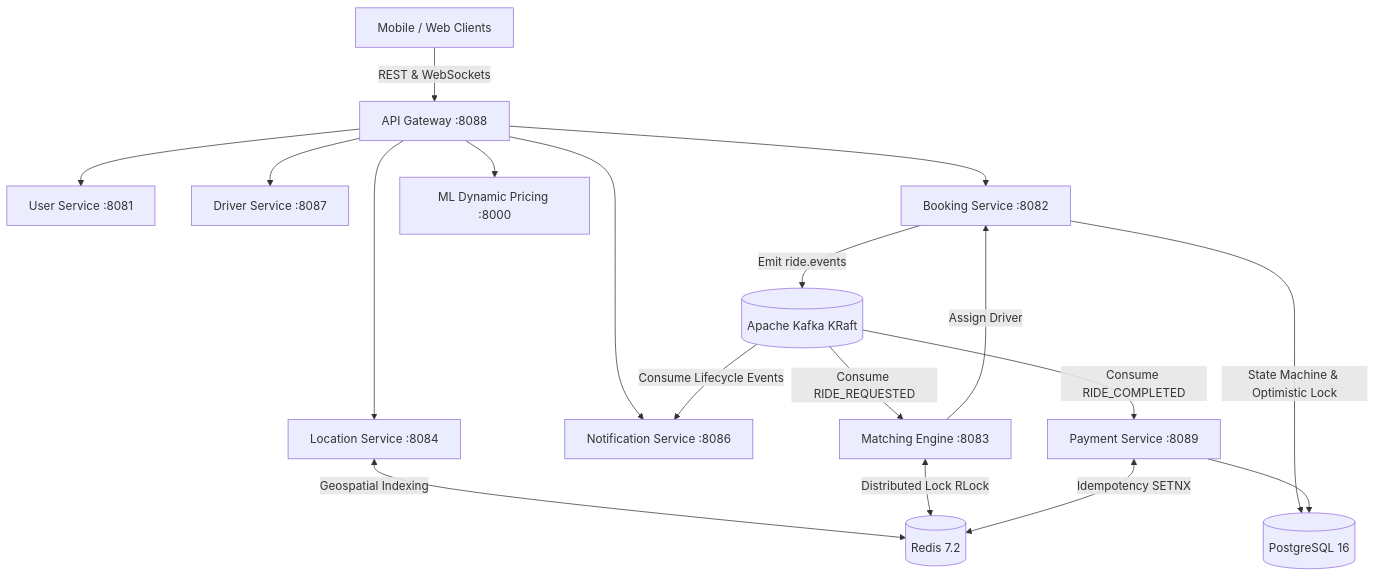
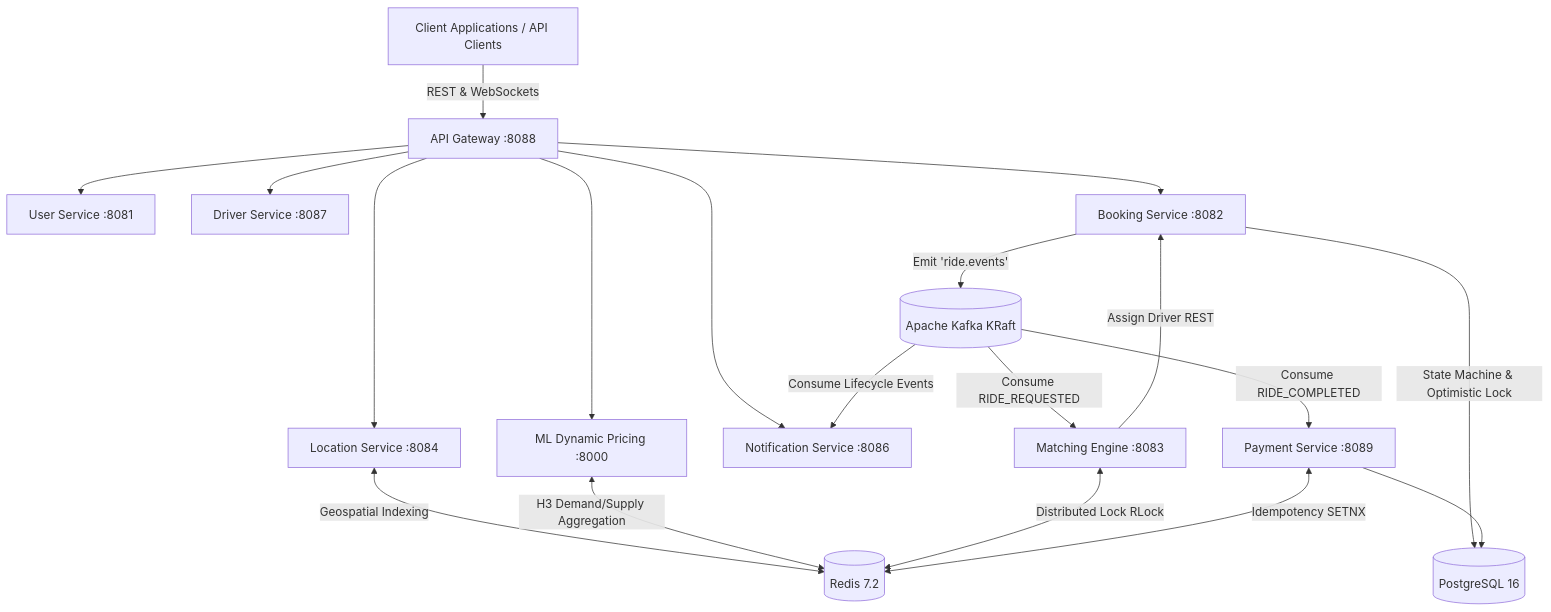
The diagram in README.md (akarshitgupta78/ridepulse), drawn with Mermaid before and after one commit. The commit also changed other lines of this file and 3 other files, not shown here.

````diff
--- a/README.md
+++ b/README.md
@@ -9,24 +11,25 @@
 ```mermaid
 graph TD
-    Client[Mobile / Web Clients] -->|REST & WebSockets| Gateway[API Gateway :8088]
+    Client[Client Applications / API Clients] -->|REST & WebSockets| Gateway[API Gateway :8088]
     
     Gateway --> UserSvc[User Service :8081]
     Gateway --> DriverSvc[Driver Service :8087]
     Gateway --> LocSvc[Location Service :8084]
     Gateway --> BookingSvc[Booking Service :8082]
     Gateway --> PricingSvc[ML Dynamic Pricing :8000]
     Gateway --> NotifSvc[Notification Service :8086]
 
     LocSvc <-->|Geospatial Indexing| Redis[(Redis 7.2)]
+    PricingSvc <-->|H3 Demand/Supply Aggregation| Redis
     BookingSvc -->|State Machine & Optimistic Lock| Postgres[(PostgreSQL 16)]
-    BookingSvc -->|Emit ride.events| Kafka[(Apache Kafka KRaft)]
+    BookingSvc -->|Emit 'ride.events'| Kafka[(Apache Kafka KRaft)]
 
     Kafka -->|Consume RIDE_REQUESTED| MatchEng[Matching Engine :8083]
     Kafka -->|Consume RIDE_COMPLETED| PaymentSvc[Payment Service :8089]
     Kafka -->|Consume Lifecycle Events| NotifSvc
 
     MatchEng <-->|Distributed Lock RLock| Redis
-    MatchEng -->|Assign Driver| BookingSvc
+    MatchEng -->|Assign Driver REST| BookingSvc
     PaymentSvc <-->|Idempotency SETNX| Redis
     PaymentSvc --> Postgres
 ```
````
